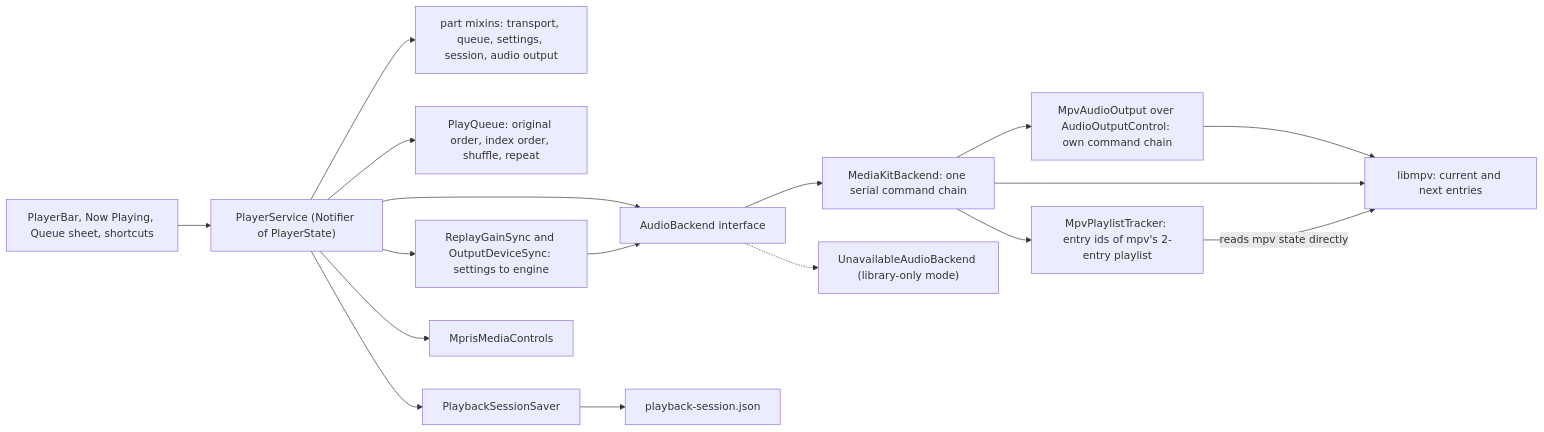
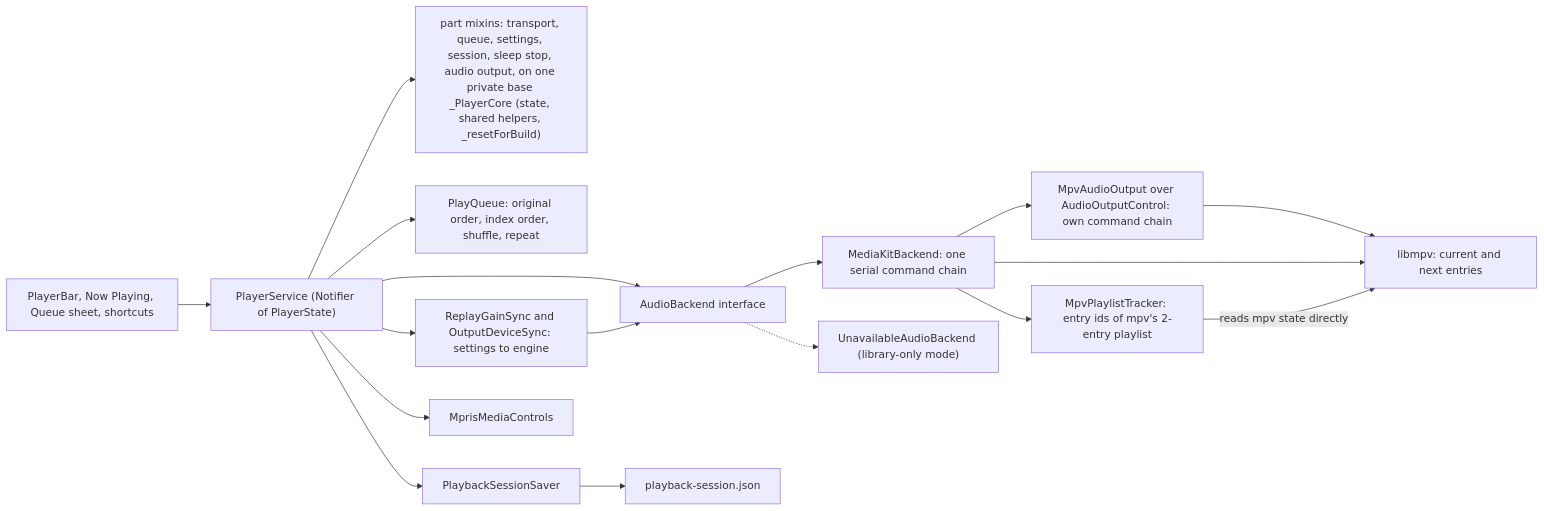
One commit to kanaru313/kanaru changed the diagram in docs/system-architecture-playback.md. Above: the diagram before and after it, drawn with Mermaid. The commit also changed other lines of this file and 8 other files, not shown here.

First line of the commit message:
refactor(player): share player state through one private core

````diff
--- a/docs/system-architecture-playback.md
+++ b/docs/system-architecture-playback.md
@@ -9,19 +9,19 @@
 ```mermaid
 flowchart LR
     UI["PlayerBar, Now Playing, Queue sheet, shortcuts"] --> PS["PlayerService (Notifier of PlayerState)"]
-    PS --> Parts["part mixins: transport, queue, settings, session, audio output"]
+    PS --> Parts["part mixins: transport, queue, settings, session, sleep stop, audio output, on one private base _PlayerCore (state, shared helpers, _resetForBuild)"]
     PS --> PQ["PlayQueue: original order, index order, shuffle, repeat"]
     PS --> AB["AudioBackend interface"]
     PS --> Sync["ReplayGainSync and OutputDeviceSync: settings to engine"]
     Sync --> AB
     PS --> Sess["PlaybackSessionSaver"]
     AB --> MKB["MediaKitBackend: one serial command chain"]
     AB -.-> UAB["UnavailableAudioBackend (library-only mode)"]
     MKB --> Track["MpvPlaylistTracker: entry ids of mpv's 2-entry playlist"]
     MKB --> AO["MpvAudioOutput over AudioOutputControl: own command chain"]
     AO --> Mpv
     MKB --> Mpv["libmpv: current and next entries"]
     Track -- "reads mpv state directly" --> Mpv
     Sess --> File["playback-session.json"]
     PS --> MC["MprisMediaControls"]
 ```
````
